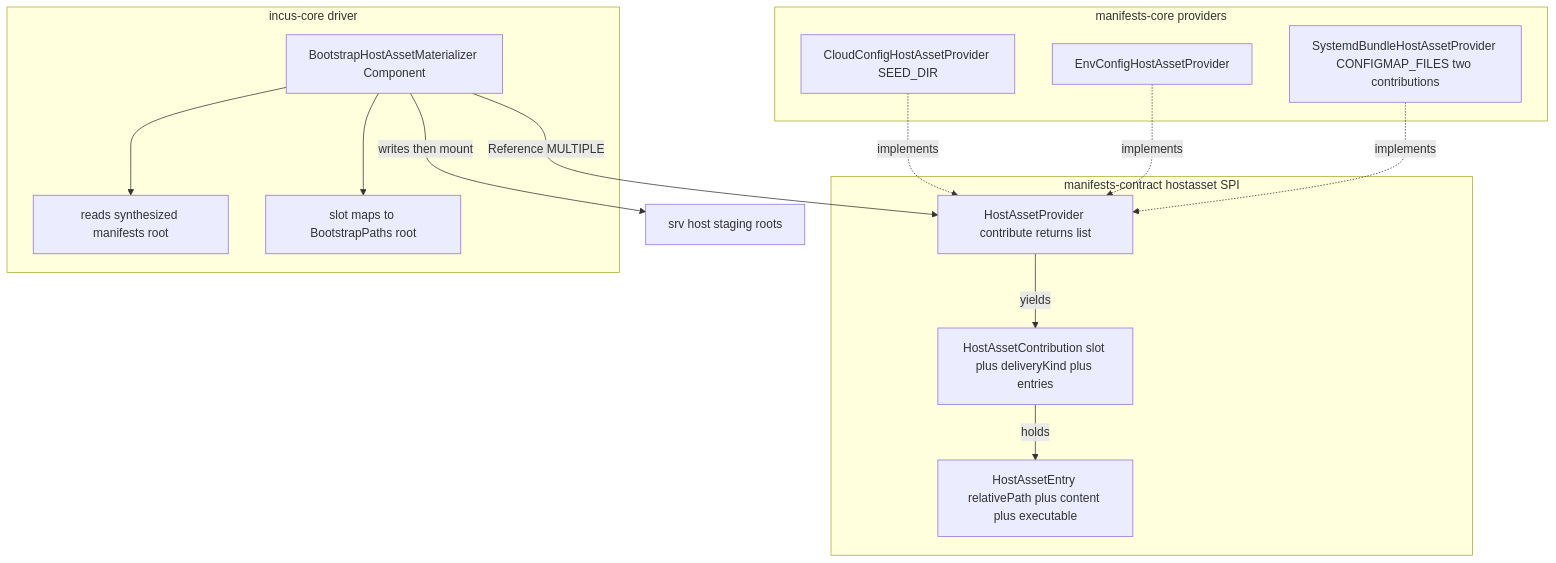
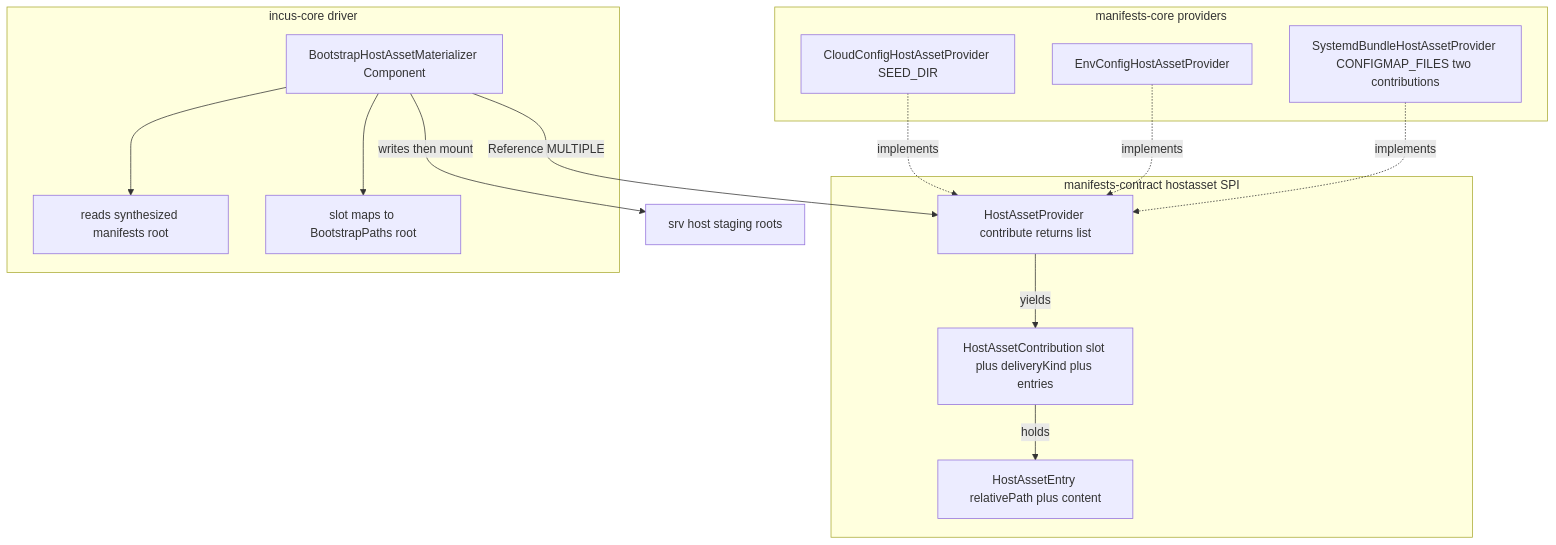
The sixth of 6 diagrams in docs/architecture/bootstrap/provisioning-slice-architecture.adoc (nxmatic/rke2lab), drawn with Mermaid before and after one commit. The commit also changed other lines of this file, not shown here.

First line of the commit message:
docs(provisioning-slice): move the executable bit from the entry to the contribution

```diff
--- a/docs/architecture/bootstrap/provisioning-slice-architecture.adoc
+++ b/docs/architecture/bootstrap/provisioning-slice-architecture.adoc
@@ -683,28 +685,28 @@
 [mermaid]
 ----
 flowchart TB
   subgraph "manifests-contract hostasset SPI"
     SPI["HostAssetProvider contribute returns list"]
     K["HostAssetContribution slot plus deliveryKind plus entries"]
-    E["HostAssetEntry relativePath plus content plus executable"]
+    E["HostAssetEntry relativePath plus content"]
     SPI -->|"yields"| K
     K -->|"holds"| E
   end
   subgraph "manifests-core providers"
     PC["CloudConfigHostAssetProvider SEED_DIR"]
     PE["EnvConfigHostAssetProvider"]
     PS["SystemdBundleHostAssetProvider CONFIGMAP_FILES two contributions"]
   end
   PC -.->|"implements"| SPI
   PE -.->|"implements"| SPI
   PS -.->|"implements"| SPI
   subgraph "incus-core driver"
     BM["BootstrapHostAssetMaterializer Component"]
     STG["reads synthesized manifests root"]
     MAP["slot maps to BootstrapPaths root"]
     BM --> STG
     BM --> MAP
   end
   BM -->|"Reference MULTIPLE"| SPI
   BM -->|"writes then mount"| FS["srv host staging roots"]
 ----
```
